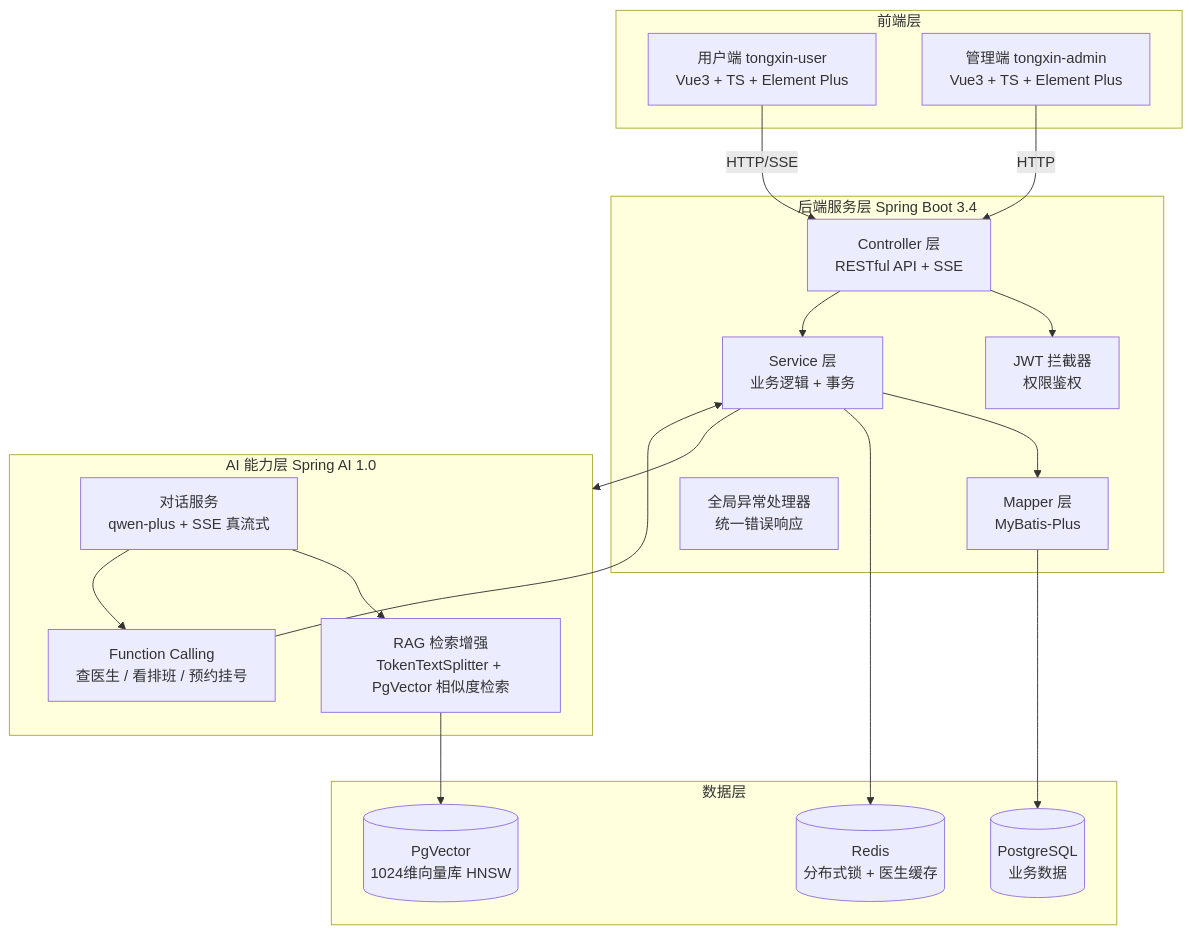
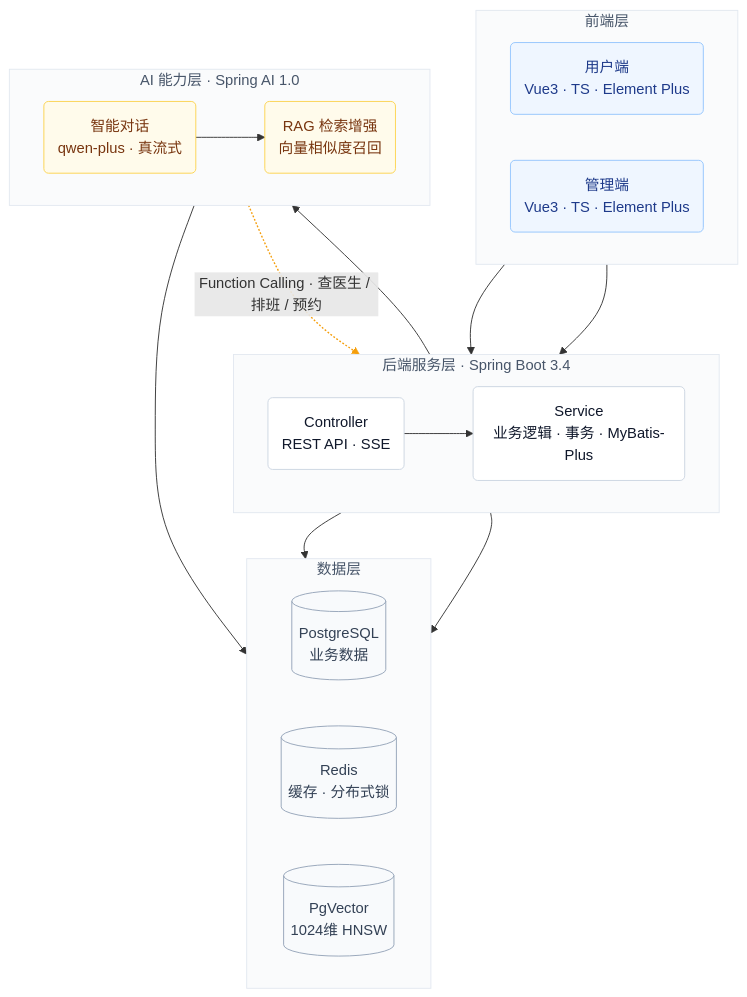
The diagram in README.md (Wxb25/tongxin-medical-ai-assistant), drawn with Mermaid before and after one commit.

Commit message:
refactor: 重新设计系统架构图，精简节点优化布局

````diff
--- a/README.md
+++ b/README.md
@@ -19,40 +19,48 @@
 ```mermaid
 flowchart TB
-    subgraph Frontend["前端层"]
-        User["用户端 tongxin-user<br/>Vue3 + TS + Element Plus"]
-        Admin["管理端 tongxin-admin<br/>Vue3 + TS + Element Plus"]
+    classDef fe fill:#eff6ff,stroke:#93c5fd,color:#1e3a8a
+    classDef be fill:#ffffff,stroke:#cbd5e1,color:#0f172a
+    classDef ai fill:#fffbeb,stroke:#fcd34d,color:#78350f
+    classDef db fill:#f8fafc,stroke:#94a3b8,color:#334155
+
+    subgraph FE["前端层"]
+        direction LR
+        U("用户端<br/>Vue3 · TS · Element Plus"):::fe
+        A("管理端<br/>Vue3 · TS · Element Plus"):::fe
     end
 
-    subgraph Backend["后端服务层 Spring Boot 3.4"]
-        Controller["Controller 层<br/>RESTful API + SSE"]
-        Service["Service 层<br/>业务逻辑 + 事务"]
-        Mapper["Mapper 层<br/>MyBatis-Plus"]
-        Interceptor["JWT 拦截器<br/>权限鉴权"]
-        Exception["全局异常处理器<br/>统一错误响应"]
+    subgraph BE["后端服务层 · Spring Boot 3.4"]
+        direction LR
+        C("Controller<br/>REST API · SSE"):::be
+        S("Service<br/>业务逻辑 · 事务 · MyBatis-Plus"):::be
+        C --> S
     end
 
-    subgraph AI["AI 能力层 Spring AI 1.0"]
-        Chat["对话服务<br/>qwen-plus + SSE 真流式"]
-        RAG["RAG 检索增强<br/>TokenTextSplitter + PgVector 相似度检索"]
-        Tool["Function Calling<br/>查医生 / 看排班 / 预约挂号"]
+    subgraph AIL["AI 能力层 · Spring AI 1.0"]
+        direction LR
+        Chat("智能对话<br/>qwen-plus · 真流式"):::ai
+        RAG("RAG 检索增强<br/>向量相似度召回"):::ai
+        Chat --> RAG
     end
 
-    subgraph Data["数据层"]
-        PG[("PostgreSQL<br/>业务数据")]
-        Vector[("PgVector<br/>1024维向量库 HNSW")]
-        Redis[("Redis<br/>分布式锁 + 医生缓存")]
+    subgraph DL["数据层"]
+        direction LR
+        PG[("PostgreSQL<br/>业务数据")]:::db
+        Redis[("Redis<br/>缓存 · 分布式锁")]:::db
+        Vec[("PgVector<br/>1024维 HNSW")]:::db
     end
 
-    User -->|HTTP/SSE| Controller
-    Admin -->|HTTP| Controller
-    Controller --> Interceptor
-    Controller --> Service
-    Service --> Mapper
-    Service --> AI
-    Chat --> RAG
-    Chat --> Tool
-    Tool --> Service
-    Mapper --> PG
-    RAG --> Vector
-    Service --> Redis
+    U --> C
+    A --> C
+    S --> Chat
+    RAG --> Vec
+    S --> PG
+    S --> Redis
+    Chat -. "Function Calling · 查医生 / 排班 / 预约" .-> S
+
+    linkStyle 8 stroke:#f59e0b,stroke-width:1.5px
+    style FE fill:#fafbfc,stroke:#e2e8f0,color:#475569
+    style BE fill:#fafbfc,stroke:#e2e8f0,color:#475569
+    style AIL fill:#fafbfc,stroke:#e2e8f0,color:#475569
+    style DL fill:#fafbfc,stroke:#e2e8f0,color:#475569
 ```
````
